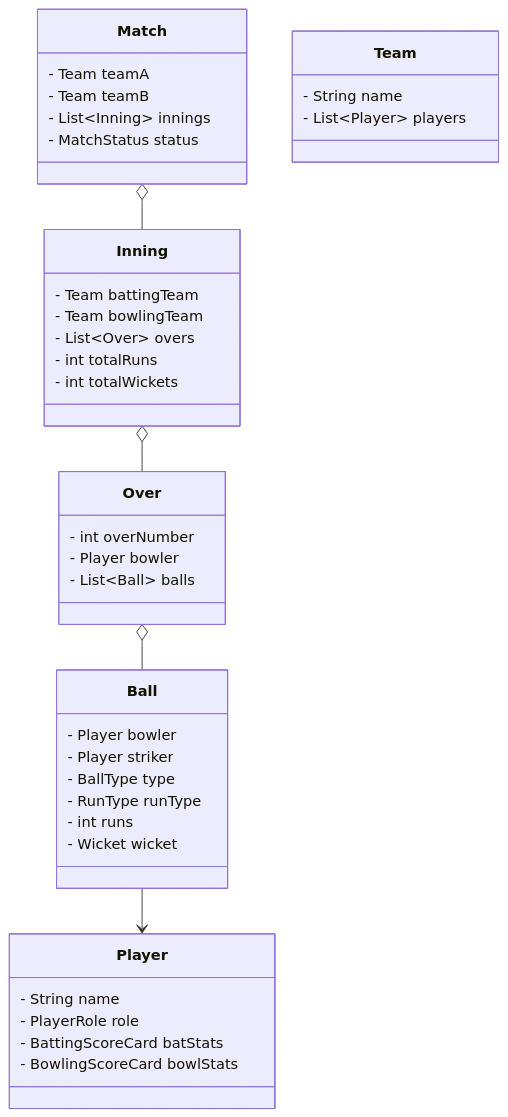
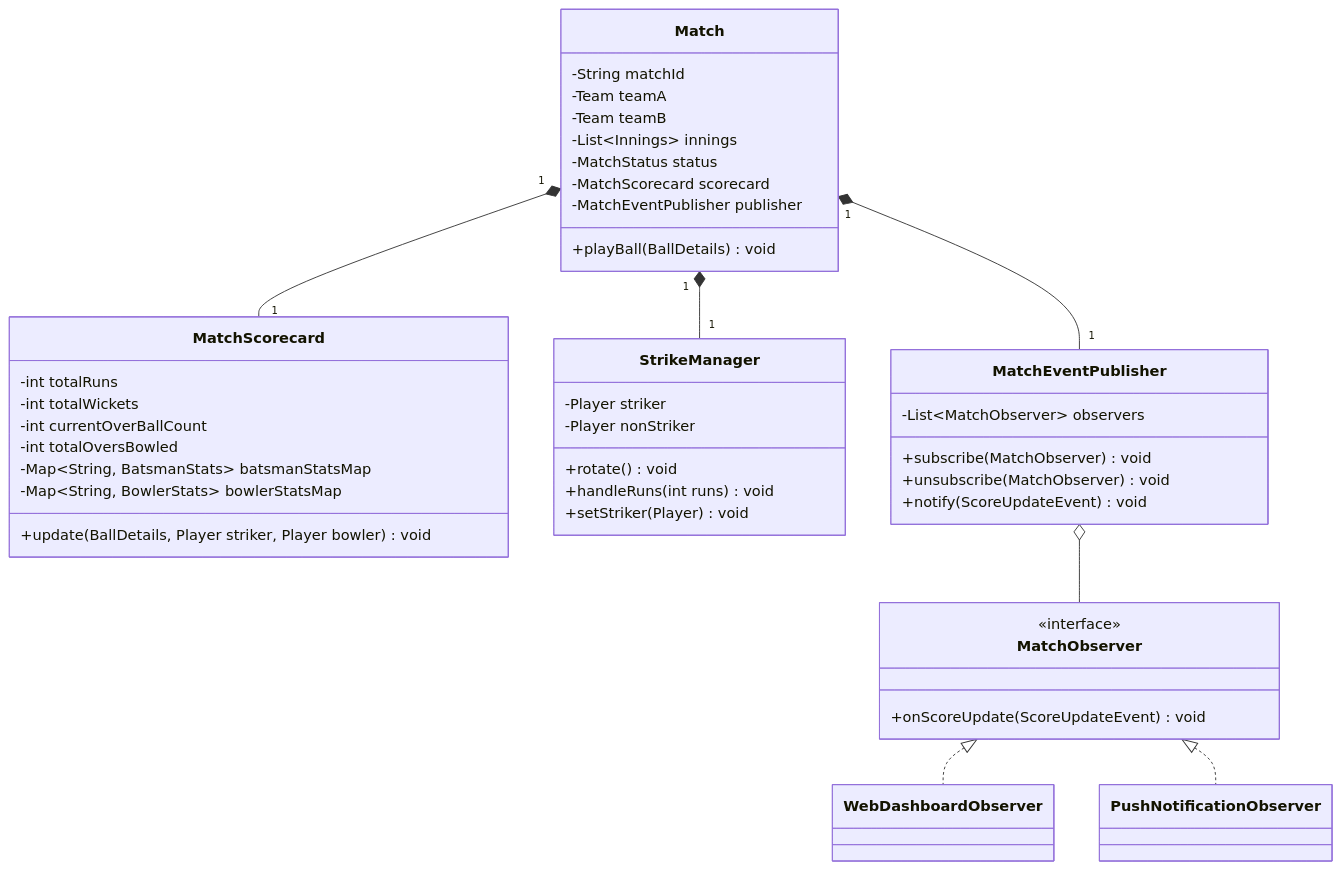
One commit to akshay-k-r/Interview-Prep-Resource changed the diagram in src/pages/03-lld/machine-coding/cricbuzz/index.mdx. Above: the diagram before and after it, drawn with Mermaid. The commit also changed other lines of this file and 179 other files, not shown here.

````diff
--- a/src/pages/03-lld/machine-coding/cricbuzz/index.mdx
+++ b/src/pages/03-lld/machine-coding/cricbuzz/index.mdx
@@ -22,49 +41,54 @@
 ```mermaid
 classDiagram
     class Match {
-        - Team teamA
-        - Team teamB
-        - List~Inning~ innings
-        - MatchStatus status
+        -String matchId
+        -Team teamA
+        -Team teamB
+        -List~Innings~ innings
+        -MatchStatus status
+        -MatchScorecard scorecard
+        -MatchEventPublisher publisher
+        +playBall(BallDetails) void
     }
 
-    class Team {
-        - String name
-        - List~Player~ players
+    class MatchScorecard {
+        -int totalRuns
+        -int totalWickets
+        -int currentOverBallCount
+        -int totalOversBowled
+        -Map~String, BatsmanStats~ batsmanStatsMap
+        -Map~String, BowlerStats~ bowlerStatsMap
+        +update(BallDetails, Player striker, Player bowler) void
     }
 
-    class Player {
-        - String name
-        - PlayerRole role
-        - BattingScoreCard batStats
-        - BowlingScoreCard bowlStats
+    class StrikeManager {
+        -Player striker
+        -Player nonStriker
+        +rotate() void
+        +handleRuns(int runs) void
+        +setStriker(Player) void
     }
 
-    class Inning {
-        - Team battingTeam
-        - Team bowlingTeam
-        - List~Over~ overs
-        - int totalRuns
-        - int totalWickets
+    class MatchEventPublisher {
+        -List~MatchObserver~ observers
+        +subscribe(MatchObserver) void
+        +unsubscribe(MatchObserver) void
+        +notify(ScoreUpdateEvent) void
     }
 
-    class Over {
-        - int overNumber
-        - Player bowler
-        - List~Ball~ balls
+    class MatchObserver {
+        <<interface>>
+        +onScoreUpdate(ScoreUpdateEvent) void
     }
 
-    class Ball {
-        - Player bowler
-        - Player striker
-        - BallType type
-        - RunType runType
-        - int runs
-        - Wicket wicket
-    }
+    class WebDashboardObserver { }
+    class PushNotificationObserver { }
 
-    Match o-- Inning
-    Inning o-- Over
-    Over o-- Ball
-    Ball --> Player
+    MatchObserver <|.. WebDashboardObserver
+    MatchObserver <|.. PushNotificationObserver
+
+    Match "1" *-- "1" MatchScorecard
+    Match "1" *-- "1" StrikeManager
+    Match "1" *-- "1" MatchEventPublisher
+    MatchEventPublisher o-- MatchObserver
 ```
````
